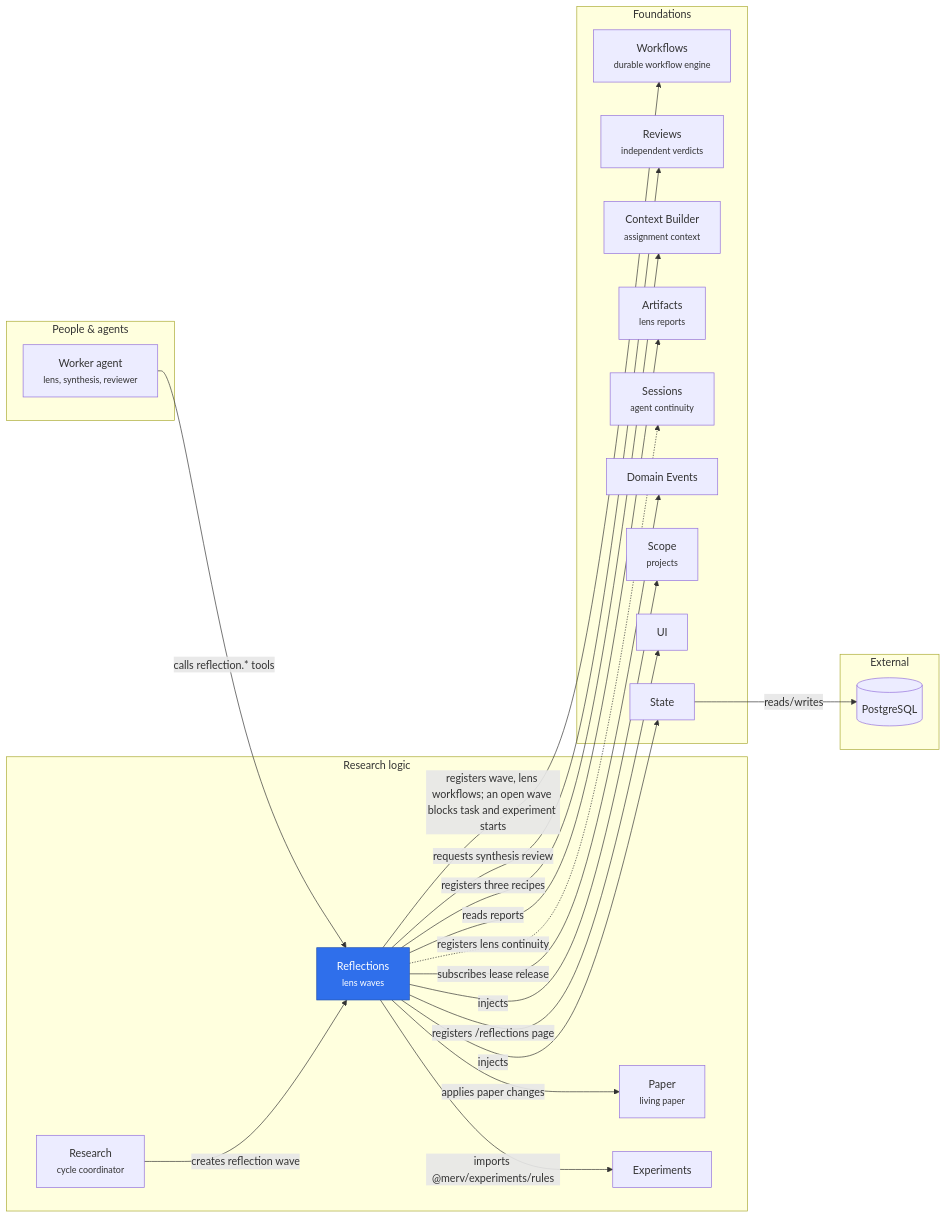
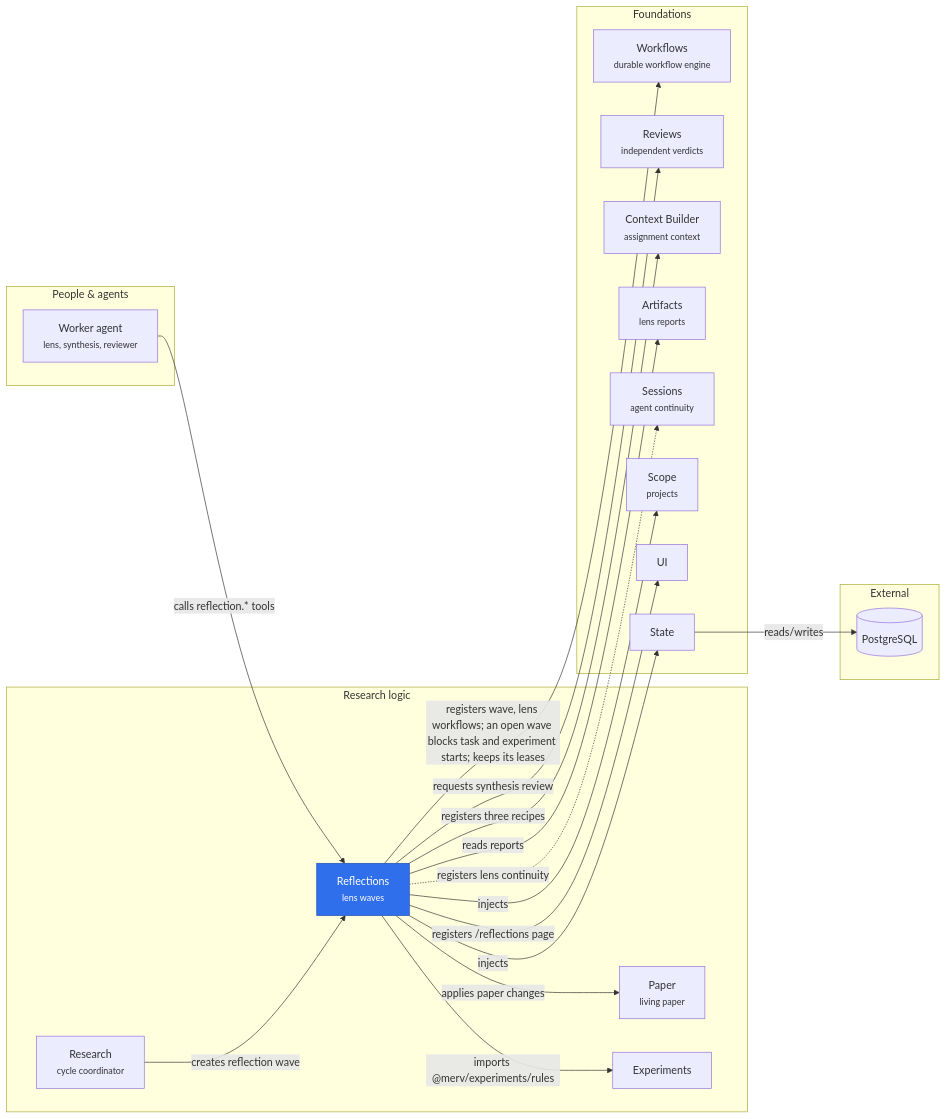
The diagram in merv-typescript/packages/reflections/README.md (rapidreview-io/Merv), drawn with Mermaid before and after one commit. The commit also changed 37 other files, not shown here.

First line of the commit message:
Keep every leased step's lease in one Workflows table

````diff
--- a/merv-typescript/packages/reflections/README.md
+++ b/merv-typescript/packages/reflections/README.md
@@ -7,42 +7,40 @@
 ```mermaid
 flowchart LR
   subgraph people["People & agents"]
     worker["Worker agent<br/><small>lens, synthesis, reviewer</small>"]
   end
   subgraph logic["Research logic"]
     reflections["Reflections<br/><small>lens waves</small>"]
     research["Research<br/><small>cycle coordinator</small>"]
     paper["Paper<br/><small>living paper</small>"]
     experiments["Experiments"]
   end
   subgraph foundations["Foundations"]
     workflows["Workflows<br/><small>durable workflow engine</small>"]
     reviews["Reviews<br/><small>independent verdicts</small>"]
     contextBuilder["Context Builder<br/><small>assignment context</small>"]
     artifacts["Artifacts<br/><small>lens reports</small>"]
     sessions["Sessions<br/><small>agent continuity</small>"]
-    domainEvents["Domain Events"]
     scope["Scope<br/><small>projects</small>"]
     ui["UI"]
     state["State"]
   end
   subgraph external["External"]
     postgres[("PostgreSQL")]
   end
   worker -- "calls reflection.* tools" --> reflections
   research -- "creates reflection wave" --> reflections
-  reflections -- "registers wave, lens workflows; an open wave blocks task and experiment starts" --> workflows
+  reflections -- "registers wave, lens workflows; an open wave blocks task and experiment starts; keeps its leases" --> workflows
   reflections -- "requests synthesis review" --> reviews
   reflections -- "registers three recipes" --> contextBuilder
   reflections -- "applies paper changes" --> paper
   reflections -- "imports @merv/experiments/rules" --> experiments
   reflections -- "reads reports" --> artifacts
   reflections -. "registers lens continuity" .-> sessions
-  reflections -- "subscribes lease release" --> domainEvents
   reflections -- "injects" --> scope
   reflections -- "registers /reflections page" --> ui
   reflections -- "injects" --> state
   state -- "reads/writes" --> postgres
   class reflections self
   classDef self fill:#2f6feb,color:#fff,stroke:#1f4fb0
 ```
````
